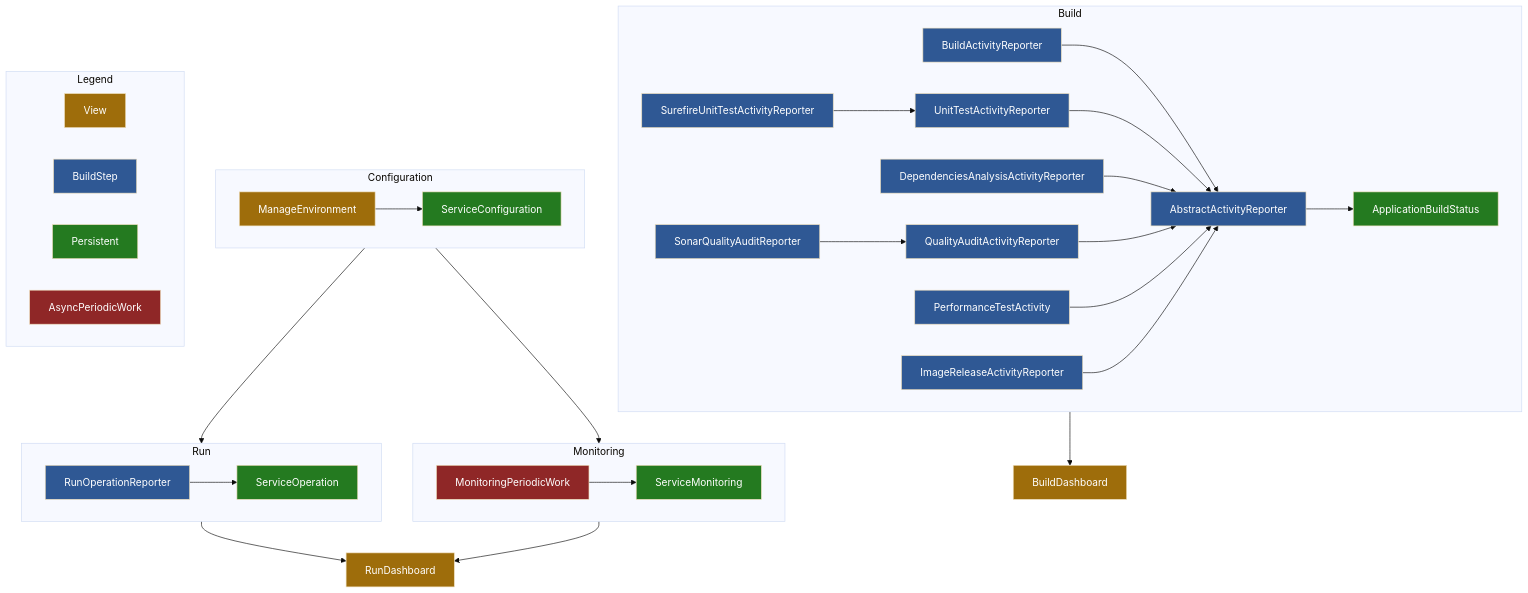
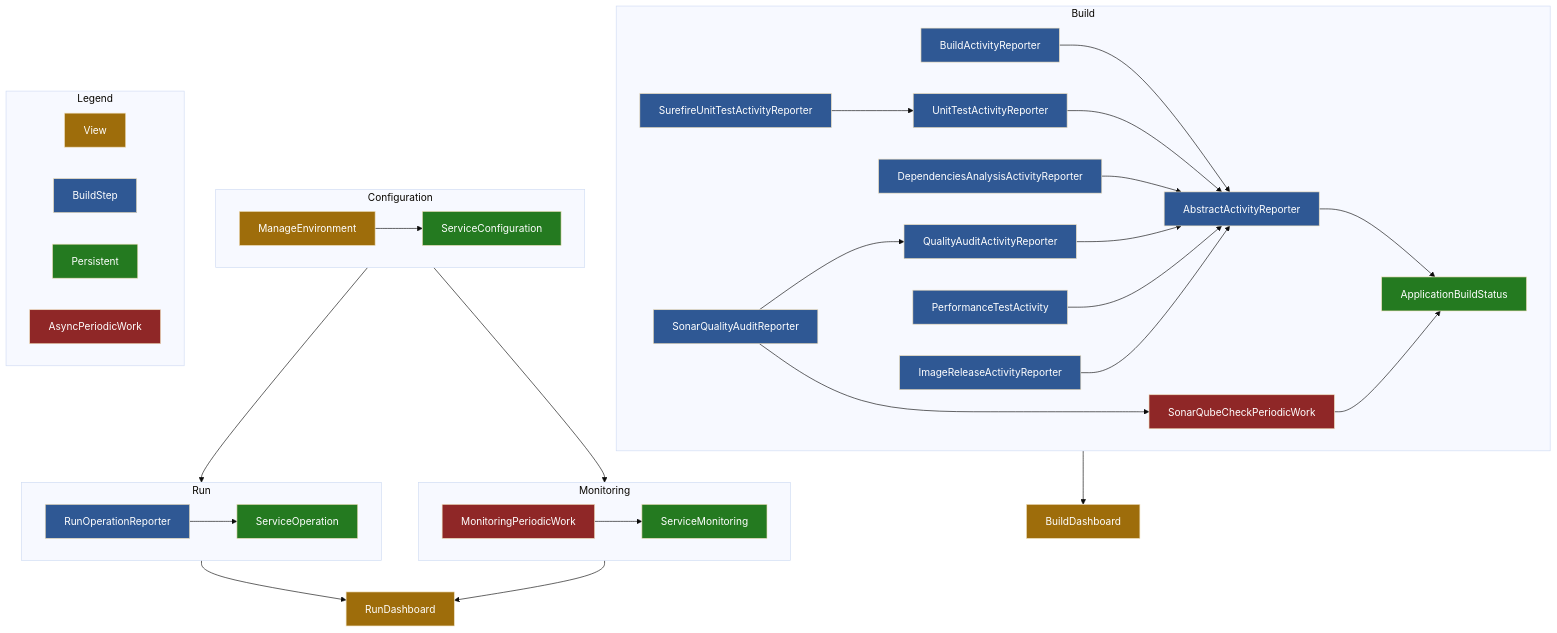
Before and after one commit to jenkinsci/devops-portal-plugin: the diagram in README.md, drawn with Mermaid (base theme).

````diff
--- a/README.md
+++ b/README.md
@@ -377,44 +377,46 @@
 ```mermaid
 flowchart TB
     subgraph Configuration
     ManageEnvironment:::view --> ServiceConfiguration:::entity
     end
     
     subgraph Run
     RunOperationReporter:::reporter --> ServiceOperation:::entity
     end
     
     subgraph Monitoring
     MonitoringPeriodicWork:::worker --> ServiceMonitoring:::entity
     end
     
     subgraph Build
     BuildActivityReporter:::reporter --> AbstractActivityReporter:::reporter
     UnitTestActivityReporter:::reporter --> AbstractActivityReporter:::reporter
     SurefireUnitTestActivityReporter:::reporter --> UnitTestActivityReporter:::reporter
     DependenciesAnalysisActivityReporter:::reporter --> AbstractActivityReporter:::reporter
     QualityAuditActivityReporter:::reporter --> AbstractActivityReporter:::reporter
     SonarQualityAuditReporter:::reporter --> QualityAuditActivityReporter:::reporter
     PerformanceTestActivity:::reporter --> AbstractActivityReporter:::reporter
     ImageReleaseActivityReporter:::reporter --> AbstractActivityReporter:::reporter
     AbstractActivityReporter:::reporter --> ApplicationBuildStatus:::entity
+    SonarQualityAuditReporter:::reporter --> SonarQubeCheckPeriodicWork:::worker
+    SonarQubeCheckPeriodicWork:::worker --> ApplicationBuildStatus:::entity
     end
     
     subgraph Legend
     View:::view
     BuildStep:::reporter
     Persistent:::entity
     AsyncPeriodicWork:::worker
     end
     
     Configuration --> Run
     Configuration --> Monitoring
     Run --> RunDashboard:::view
     Monitoring --> RunDashboard:::view
     Build --> BuildDashboard:::view
     
     classDef view fill:#9e6d0b,color:#fff
     classDef reporter fill:#2f5894,color:#fff
     classDef entity fill:#247a20,color:#fff
     classDef worker fill:#8f2727,color:#fff
 ```
````
